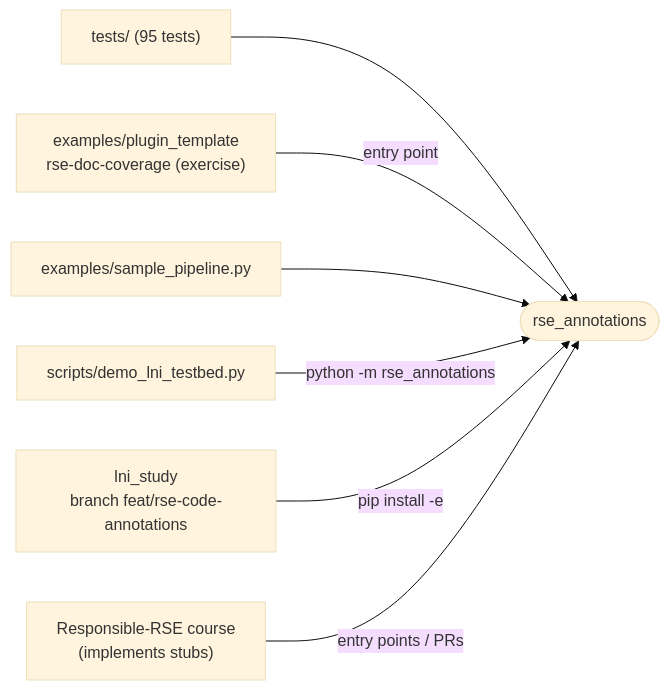
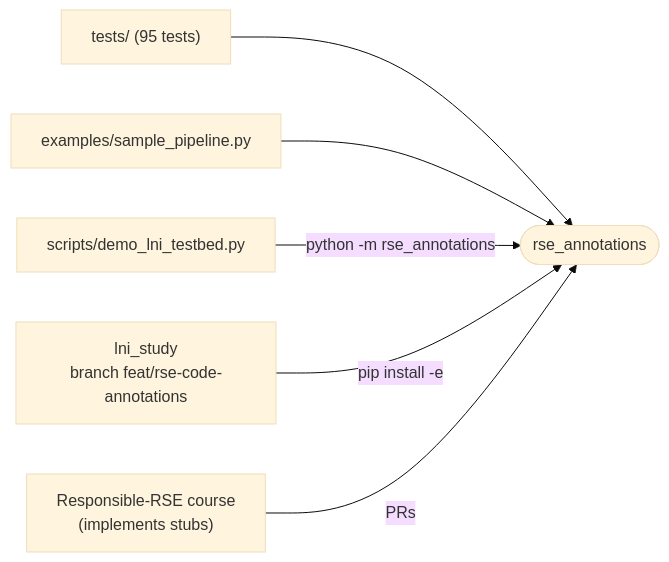
Before and after one commit to juliandehne/rse_code_annotations: the fourth of 4 diagrams in ideas/ARCHITECTURE.md, drawn with Mermaid (base theme). The commit also changed other lines of this file and 7 other files, not shown here.

First line of the commit message:
Drop the plugin_template package; plugins are committed to the main project

````diff
--- a/ideas/ARCHITECTURE.md
+++ b/ideas/ARCHITECTURE.md
@@ -292,10 +287,9 @@
 ```mermaid
 flowchart LR
     tests["tests/ (95 tests)"] --> pkg
-    tmpl["examples/plugin_template<br/>rse-doc-coverage (exercise)"] -- "entry point" --> pkg
     examples["examples/sample_pipeline.py"] --> pkg
     demo["scripts/demo_lni_testbed.py"] -- "python -m rse_annotations" --> pkg
     lni["lni_study<br/>branch feat/rse-code-annotations"] -- "pip install -e" --> pkg
-    students["Responsible-RSE course<br/>(implements stubs)"] -- "entry points / PRs" --> pkg
+    students["Responsible-RSE course<br/>(implements stubs)"] -- "PRs" --> pkg
     pkg(["rse_annotations"])
 ```
````
